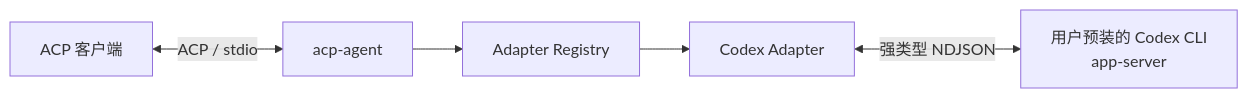
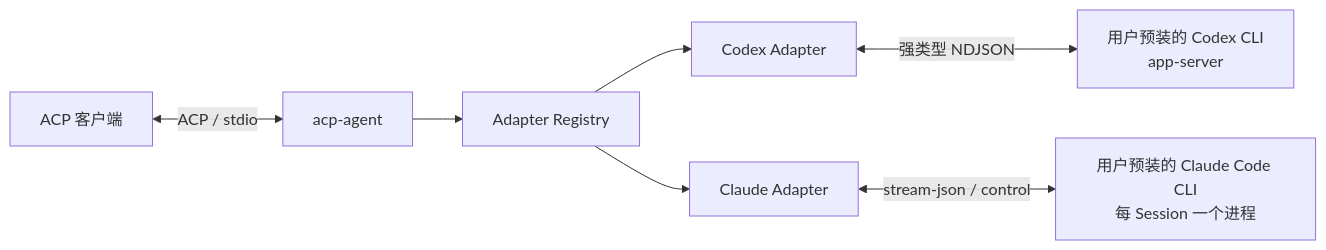
One commit to JieWaZi/acp-go changed the diagram in README.md. Above: the diagram before and after it, drawn with Mermaid. The commit also changed other lines of this file and 32 other files, not shown here.

````diff
--- a/README.md
+++ b/README.md
@@ -25,7 +27,9 @@
 ```mermaid
 flowchart LR
     Client[ACP 客户端] <-->|ACP / stdio| Server[acp-agent]
     Server --> Registry[Adapter Registry]
-    Registry --> Adapter[Codex Adapter]
-    Adapter <-->|强类型 NDJSON| AppServer[用户预装的 Codex CLI<br/>app-server]
+    Registry --> Codex[Codex Adapter]
+    Registry --> Claude[Claude Adapter]
+    Codex <-->|强类型 NDJSON| AppServer[用户预装的 Codex CLI<br/>app-server]
+    Claude <-->|stream-json / control| ClaudeCLI[用户预装的 Claude Code CLI<br/>每 Session 一个进程]
 ```
````
